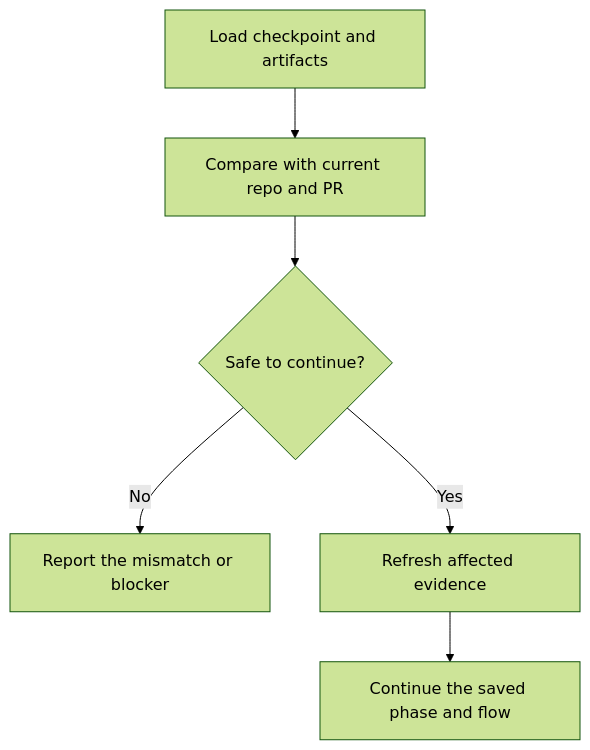
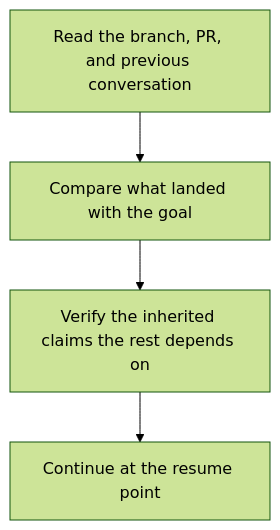
One commit to LeoMartinDev/skills changed diagram 11 of 16 in README.md. Above: the diagram before and after it, drawn with Mermaid (forest theme). The commit also changed other lines of this file and 37 other files, not shown here.

````diff
--- a/README.md
+++ b/README.md
@@ -214,8 +214,6 @@
 ```mermaid
 flowchart TD
-    L["Load checkpoint and artifacts"] --> C["Compare with current repo and PR"]
-    C --> Q{"Safe to continue?"}
-    Q -->|No| B["Report the mismatch or blocker"]
-    Q -->|Yes| E["Refresh affected evidence"]
-    E --> F["Continue the saved phase and flow"]
+    L["Read the branch, PR, and previous conversation"] --> D["Compare what landed with the goal"]
+    D --> V["Verify the inherited claims the rest depends on"]
+    V --> F["Continue at the resume point"]
 ```
````
